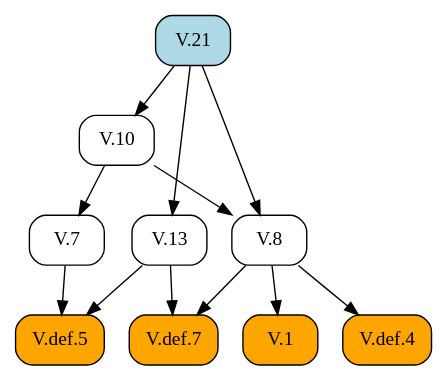
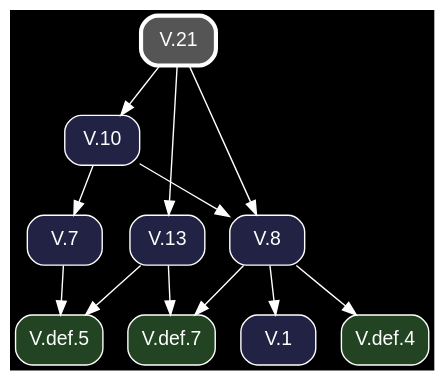
The diagram in docsrc/heath/V/21/index.rst (geometor/elements), drawn with Graphviz before and after one commit. The commit also changed other lines of this file and 1200 other files, not shown here.

Commit message:
update dependency graphs

```diff
--- a/docsrc/heath/V/21/index.rst
+++ b/docsrc/heath/V/21/index.rst
@@ -58,26 +58,28 @@
 .. graphviz::
 
    digraph {
+     bgcolor="black";
+     node [shape=box, style="rounded,filled", fontname="Helvetica", color="white", fontcolor="white"];
+     edge [color="white", fontcolor="white"];
      rankdir="TB";
-     node [shape=box, style=rounded];
-     "V.10" [URL="/heath/V/10/", target="_top"];
-     "V.def.7" [style="rounded,filled", fillcolor=orange, URL="/heath/V/def.7/", target="_top"];
-     "V.1" [style="rounded,filled", fillcolor=orange, URL="/heath/V/1/", target="_top"];
-     "V.21" [style="rounded,filled", fillcolor=lightblue, URL="/heath/V/21/", target="_top"];
-     "V.13" [URL="/heath/V/13/", target="_top"];
-     "V.7" [URL="/heath/V/7/", target="_top"];
-     "V.def.5" [style="rounded,filled", fillcolor=orange, URL="/heath/V/def.5/", target="_top"];
-     "V.def.4" [style="rounded,filled", fillcolor=orange, URL="/heath/V/def.4/", target="_top"];
-     "V.8" [URL="/heath/V/8/", target="_top"];
-     "V.21" -> "V.10";
+     "V.def.5" [fillcolor="#224422", URL="/heath/V/def.5/", target="_top"];
+     "V.1" [fillcolor="#222244", URL="/heath/V/1/", target="_top"];
+     "V.def.7" [fillcolor="#224422", URL="/heath/V/def.7/", target="_top"];
+     "V.def.4" [fillcolor="#224422", URL="/heath/V/def.4/", target="_top"];
+     "V.13" [fillcolor="#222244", URL="/heath/V/13/", target="_top"];
+     "V.8" [fillcolor="#222244", URL="/heath/V/8/", target="_top"];
+     "V.21" [penwidth=3, color="white", fillcolor="#555555", URL="/heath/V/21/", target="_top"];
+     "V.7" [fillcolor="#222244", URL="/heath/V/7/", target="_top"];
+     "V.10" [fillcolor="#222244", URL="/heath/V/10/", target="_top"];
+     "V.7" -> "V.def.5";
+     "V.13" -> "V.def.5";
+     "V.8" -> "V.1";
      "V.8" -> "V.def.7";
      "V.13" -> "V.def.7";
-     "V.8" -> "V.1";
+     "V.8" -> "V.def.4";
      "V.21" -> "V.13";
-     "V.10" -> "V.7";
-     "V.7" -> "V.def.5";
-     "V.13" -> "V.def.5";
-     "V.8" -> "V.def.4";
      "V.10" -> "V.8";
      "V.21" -> "V.8";
+     "V.10" -> "V.7";
+     "V.21" -> "V.10";
    }
```
